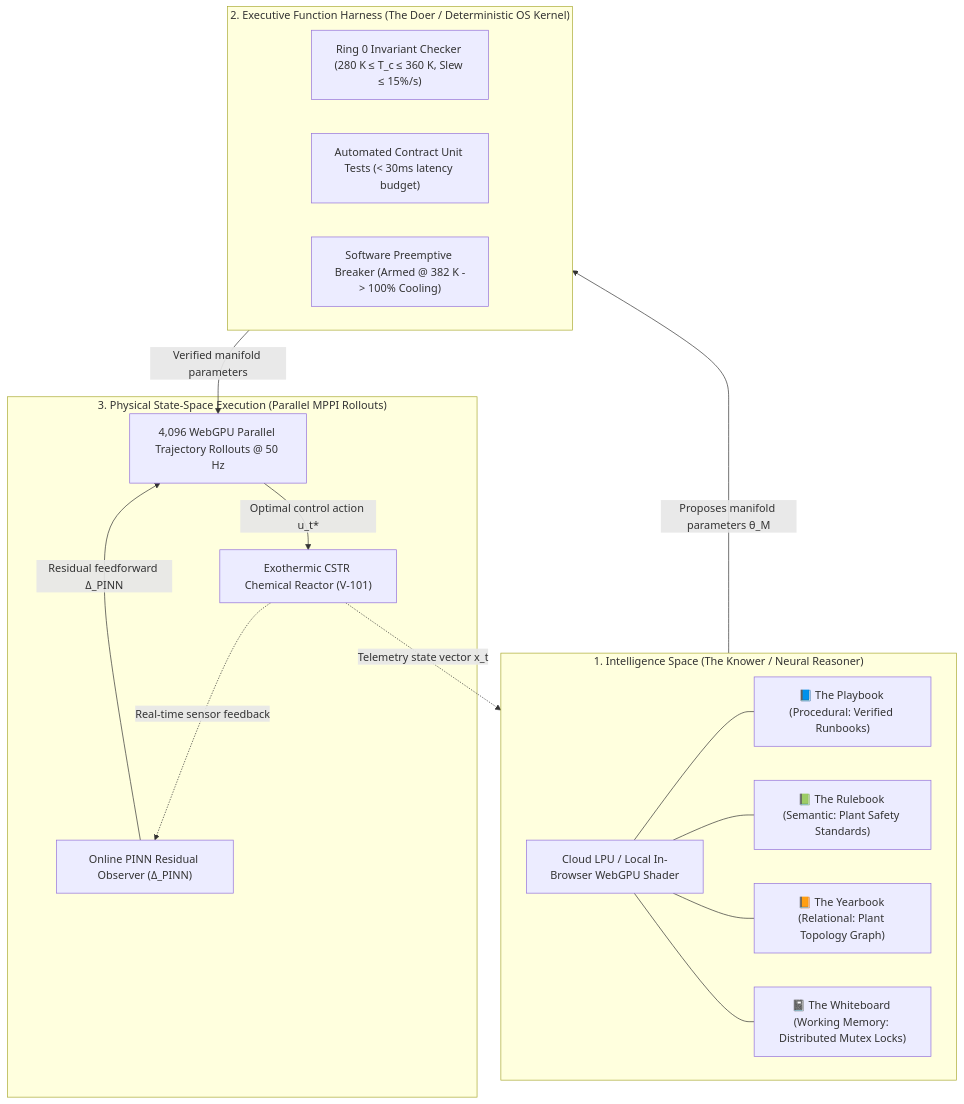
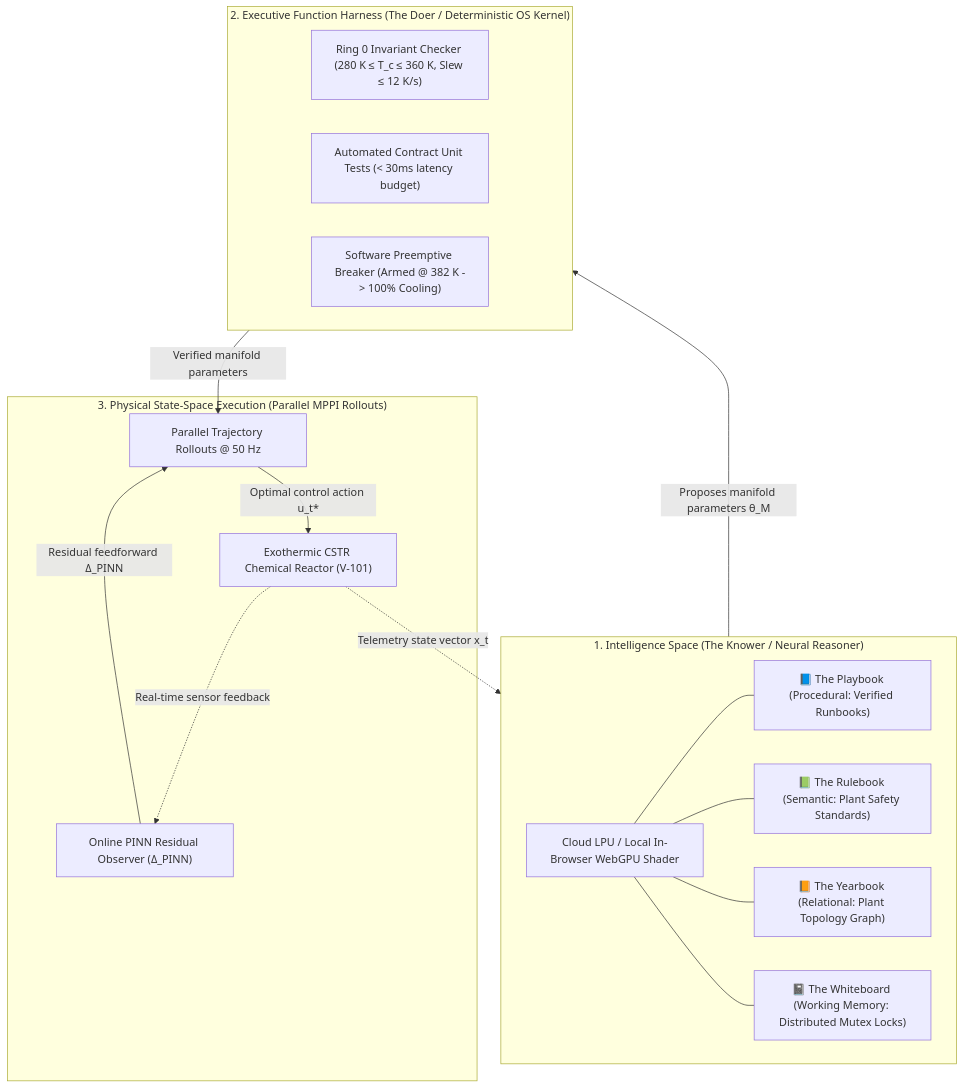
The second of 2 diagrams in agentic_mpc_paper.md (cosmosanalytics/uat-copilot-local), drawn with Mermaid before and after one commit. The commit also changed other lines of this file and 10 other files, not shown here.

````diff
--- a/agentic_mpc_paper.md
+++ b/agentic_mpc_paper.md
@@ -55,33 +55,33 @@
 ```mermaid
 flowchart TD
     subgraph IntelligenceSpace ["1. Intelligence Space (The Knower / Neural Reasoner)"]
         LLM["Cloud LPU / Local In-Browser WebGPU Shader"]
         M1["📘 The Playbook (Procedural: Verified Runbooks)"]
         M2["📗 The Rulebook (Semantic: Plant Safety Standards)"]
         M3["📙 The Yearbook (Relational: Plant Topology Graph)"]
         M4["📓 The Whiteboard (Working Memory: Distributed Mutex Locks)"]
         LLM --- M1
         LLM --- M2
         LLM --- M3
         LLM --- M4
     end
 
     subgraph Harness ["2. Executive Function Harness (The Doer / Deterministic OS Kernel)"]
-        R0["Ring 0 Invariant Checker (280 K ≤ T_c ≤ 360 K, Slew ≤ 15%/s)"]
+        R0["Ring 0 Invariant Checker (280 K ≤ T_c ≤ 360 K, Slew ≤ 12 K/s)"]
         Contract["Automated Contract Unit Tests (< 30ms latency budget)"]
         Breaker["Software Preemptive Breaker (Armed @ 382 K -> 100% Cooling)"]
     end
 
     subgraph PhysicalSpace ["3. Physical State-Space Execution (Parallel MPPI Rollouts)"]
         PINN["Online PINN Residual Observer (Δ_PINN)"]
-        GPU["4,096 WebGPU Parallel Trajectory Rollouts @ 50 Hz"]
+        GPU["Parallel Trajectory Rollouts @ 50 Hz"]
         Plant["Exothermic CSTR Chemical Reactor (V-101)"]
     end
 
     IntelligenceSpace -->|Proposes manifold parameters θ_M| Harness
     Harness -->|Verified manifold parameters| GPU
     PINN -->|Residual feedforward Δ_PINN| GPU
     GPU -->|Optimal control action u_t*| Plant
     Plant -.->|Telemetry state vector x_t| IntelligenceSpace
     Plant -.->|Real-time sensor feedback| PINN
 ```
````
